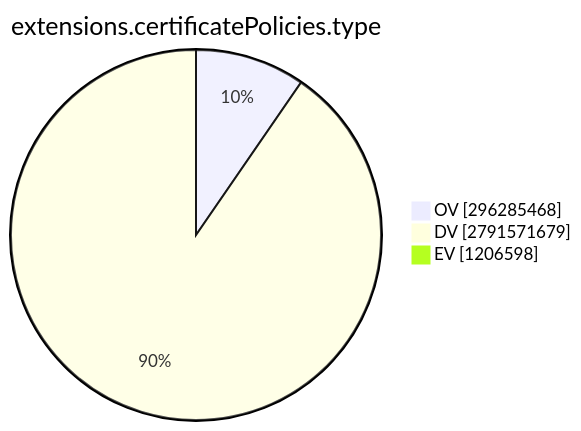
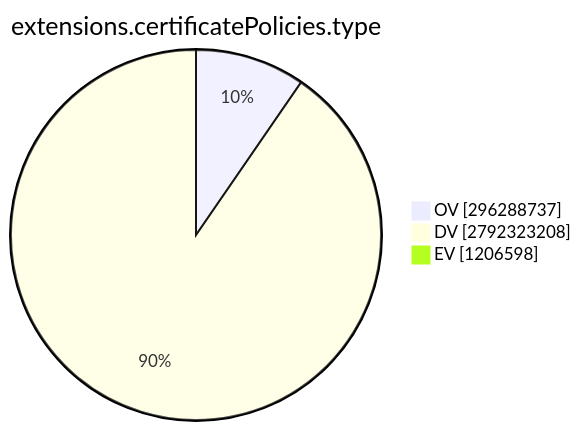
Before and after one commit to christiankrug/ctmonitor_visualization: the ninth of 15 diagrams in TOTAL/README.md, drawn with Mermaid. The commit also changed other lines of this file, not shown here.

````diff
--- a/TOTAL/README.md
+++ b/TOTAL/README.md
@@ -3099,7 +3099,7 @@
 ```mermaid
 pie showData
 title extensions.certificatePolicies.type
-"OV" :296285468
-"DV" :2791571679
+"OV" :296288737
+"DV" :2792323208
 "EV" :1206598
 ```
````
